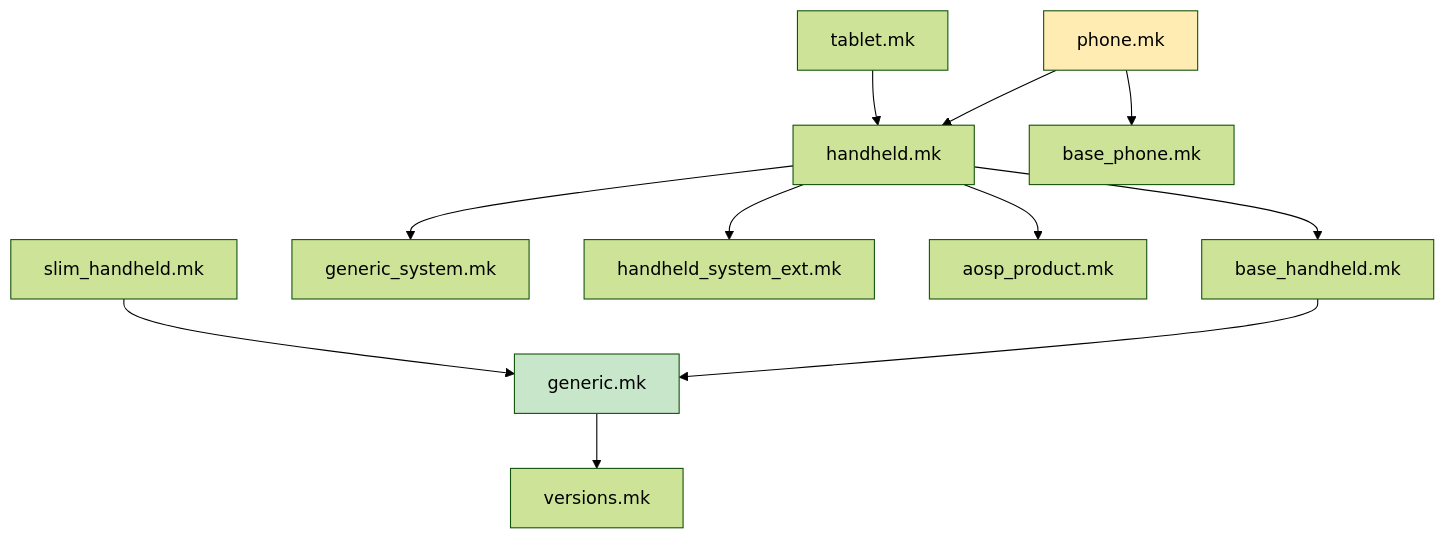
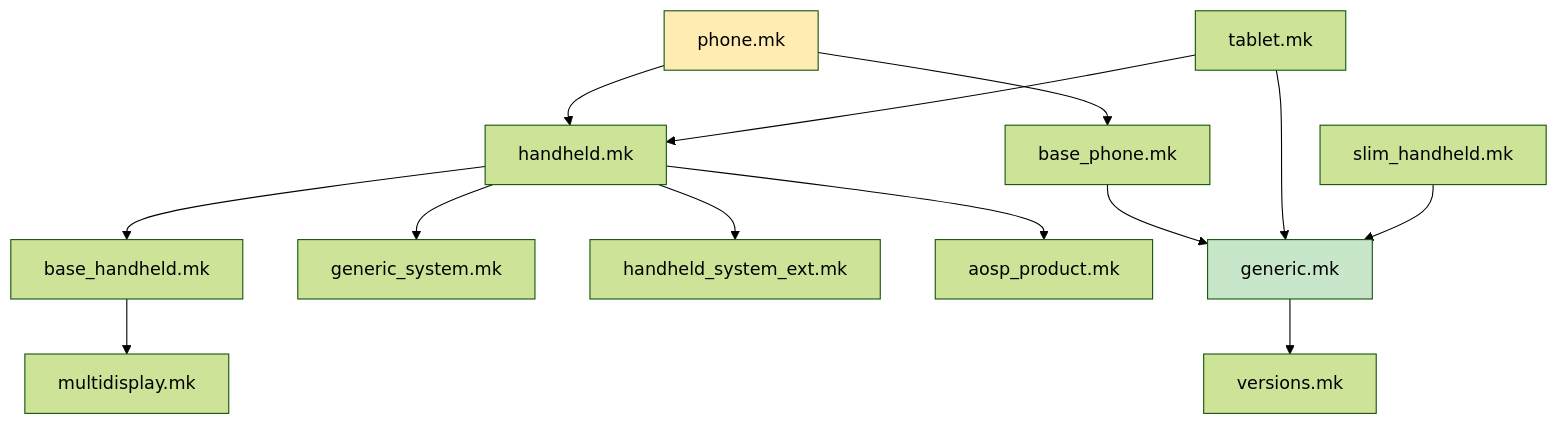
The second of 20 diagrams in 60-emulator.md (aospbooks/aosp-internal-book), drawn with Mermaid (forest theme) before and after one commit. The commit also changed other lines of this file and 218 other files, not shown here.

````diff
--- a/60-emulator.md
+++ b/60-emulator.md
@@ -170,16 +170,18 @@
 ```mermaid
 graph TD
     PHONE["phone.mk"] --> HANDHELD["handheld.mk"]
     PHONE --> BASE_PHONE["base_phone.mk"]
     HANDHELD --> BASE_HANDHELD["base_handheld.mk"]
     HANDHELD --> GENERIC_SYSTEM["generic_system.mk"]
     HANDHELD --> HANDHELD_SYSTEM_EXT["handheld_system_ext.mk"]
     HANDHELD --> AOSP_PRODUCT["aosp_product.mk"]
-    BASE_HANDHELD --> GENERIC["generic.mk"]
+    BASE_HANDHELD --> MULTIDISPLAY["multidisplay.mk"]
+    BASE_PHONE --> GENERIC["generic.mk"]
     GENERIC --> VERSIONS["versions.mk"]
     TABLET["tablet.mk"] --> HANDHELD
+    TABLET --> GENERIC
     SLIM["slim_handheld.mk"] --> GENERIC
 
     style PHONE fill:#ffecb3
     style GENERIC fill:#c8e6c9
 ```
````
